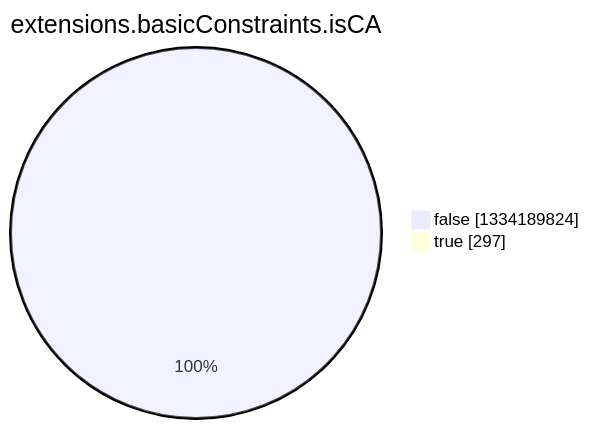
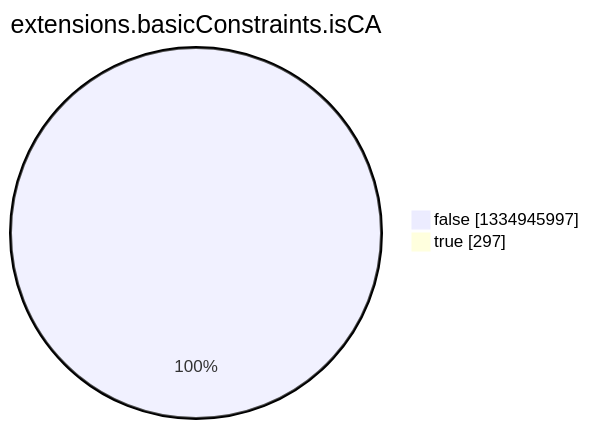
One commit to christiankrug/ctmonitor_visualization changed the eighth of 15 diagrams in argon2022/README.md. Above: the diagram before and after it, drawn with Mermaid. The commit also changed other lines of this file, not shown here.

````diff
--- a/argon2022/README.md
+++ b/argon2022/README.md
@@ -2758,6 +2758,6 @@
 ```mermaid
 pie showData
 title extensions.basicConstraints.isCA
-"false" :1334189824
+"false" :1334945997
 "true" :297
 ```
````
